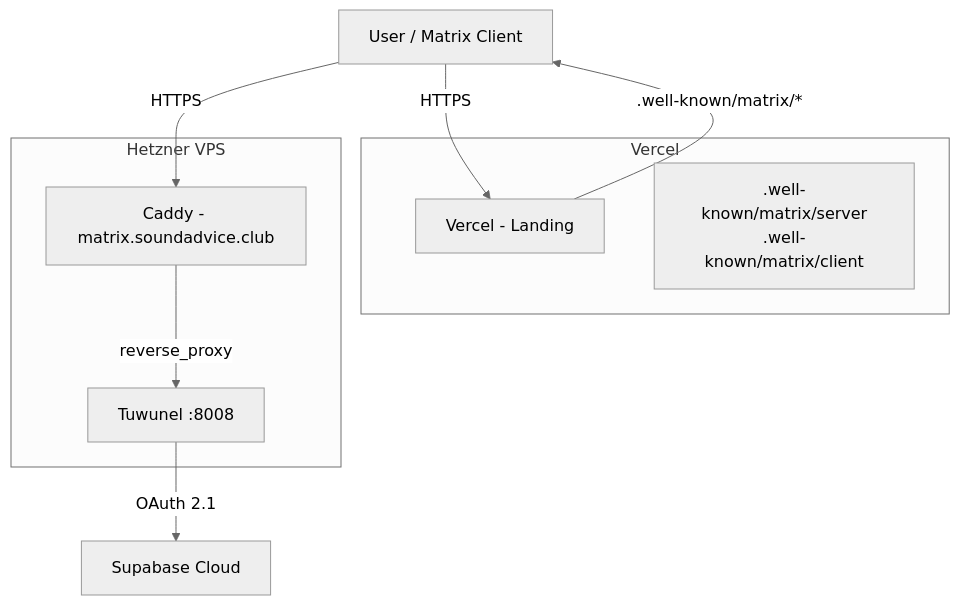
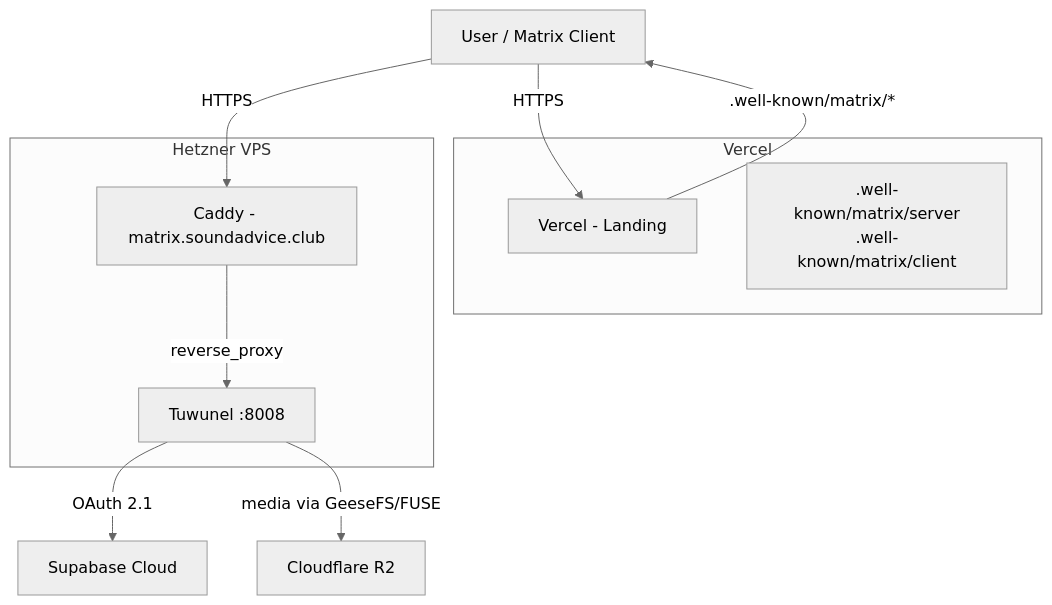
One commit to aggreydevs/connect changed the diagram in apps/connect/tuwunel/docs/production-setup.md. Above: the diagram before and after it, drawn with Mermaid (neutral theme). The commit also changed other lines of this file and 3 other files, not shown here.

````diff
--- a/apps/connect/tuwunel/docs/production-setup.md
+++ b/apps/connect/tuwunel/docs/production-setup.md
@@ -9,18 +9,19 @@
 ```mermaid
 flowchart TD
     U[User / Matrix Client] -->|HTTPS| V[Vercel - Landing]
     U -->|HTTPS| C[Caddy - matrix.soundadvice.club]
     V -->|.well-known/matrix/*| U
     C -->|reverse_proxy| T[Tuwunel :8008]
     T -->|OAuth 2.1| S[Supabase Cloud]
+    T -->|media via GeeseFS/FUSE| R2[Cloudflare R2]
 
     subgraph Vercel
         V
         WK[".well-known/matrix/server\n.well-known/matrix/client"]
     end
 
     subgraph Hetzner VPS
         C
         T
     end
 ```
````
